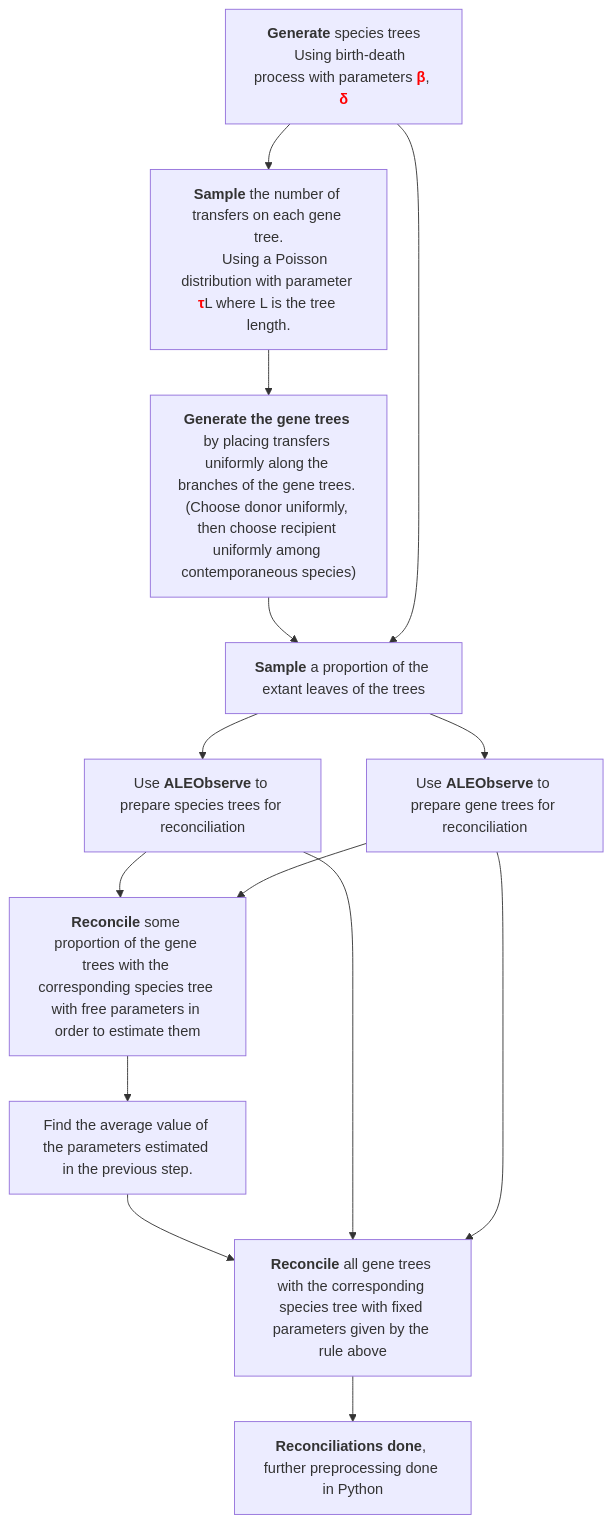
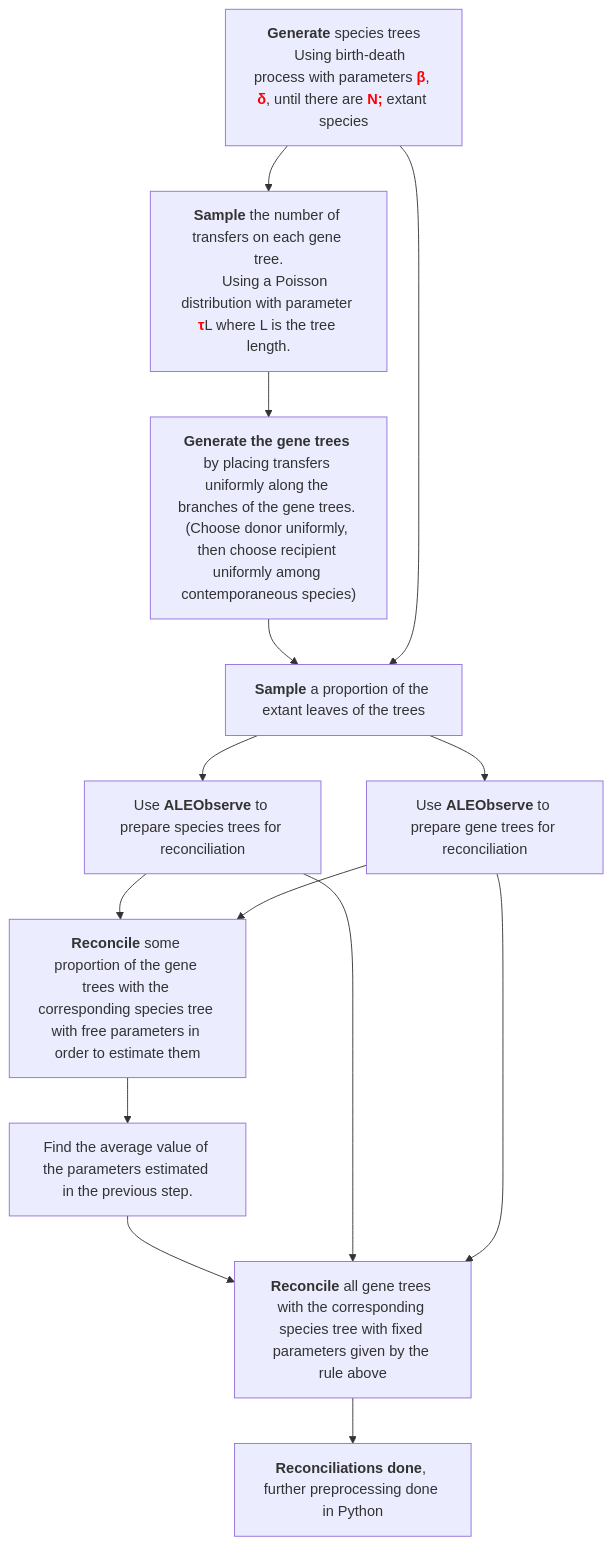
One commit to SisyphusMountain/DeepGhosts changed the diagram in bin/README.md. Above: the diagram before and after it, drawn with Mermaid.

````diff
--- a/bin/README.md
+++ b/bin/README.md
@@ -3,18 +3,18 @@
 ```mermaid
 graph TD;
     generate_species_tree["<b>Generate</b> species trees
-    Using birth-death process with parameters <font color='red'><b>&beta;</b></font>, <font color='red'><b>&delta;</b></font>"]-->create_transfers_file["<b>Sample</b> the number of transfers on each gene tree.
+    Using birth-death process with parameters <font color='red'><b>&beta;</b></font>, <font color='red'><b>&delta;</b></font>", until there are <font color='red'><b>N;</b></font> extant species]-->create_transfers_file["<b>Sample</b> the number of transfers on each gene tree.
     Using a Poisson distribution with parameter <font color='red'><b>&tau;</b></font>L where L is the tree length."];
     create_transfers_file-->generate_gene_tree["<b>Generate the gene trees</b> by placing transfers uniformly along the branches of the gene trees. (Choose donor uniformly, then choose recipient uniformly among contemporaneous species)"];
     generate_gene_tree-->sampling_trees["<b>Sample</b> a proportion of the extant leaves of the trees"];
     sampling_trees-->prepare_species_tree_for_reconciliation;
     sampling_trees-->prepare_gene_tree_for_reconciliation["Use <b>ALEObserve</b> to prepare gene trees for reconciliation"];
     prepare_species_tree_for_reconciliation["Use <b>ALEObserve</b> to prepare species trees for reconciliation"]-->reconcile_gene_tree["<b>Reconcile</b> some proportion of the gene trees with the corresponding species tree with free parameters in order to estimate them"];
     prepare_gene_tree_for_reconciliation-->reconcile_gene_tree;
     reconcile_gene_tree-->extract_rates["Find the average value of the parameters estimated in the previous step."];
     extract_rates-->reconcile_all_gene_trees["<b>Reconcile</b> all gene trees with the corresponding species tree with fixed parameters given by the rule above"];
     reconcile_all_gene_trees-->proof_reconciliation["<b>Reconciliations done</b>, further preprocessing done in Python"];
     generate_species_tree-->sampling_trees;
     prepare_species_tree_for_reconciliation-->reconcile_all_gene_trees;
     prepare_gene_tree_for_reconciliation-->reconcile_all_gene_trees;
 ```
````
